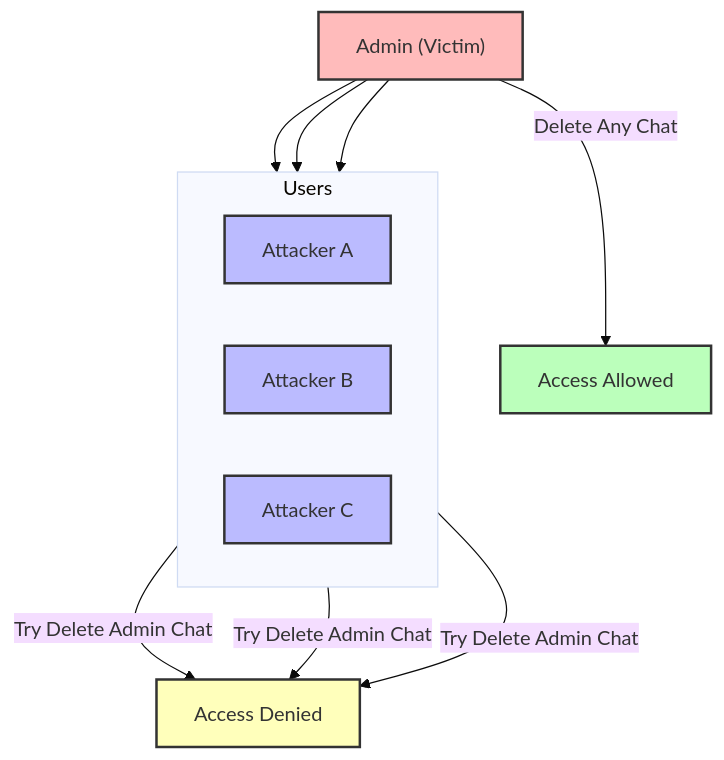
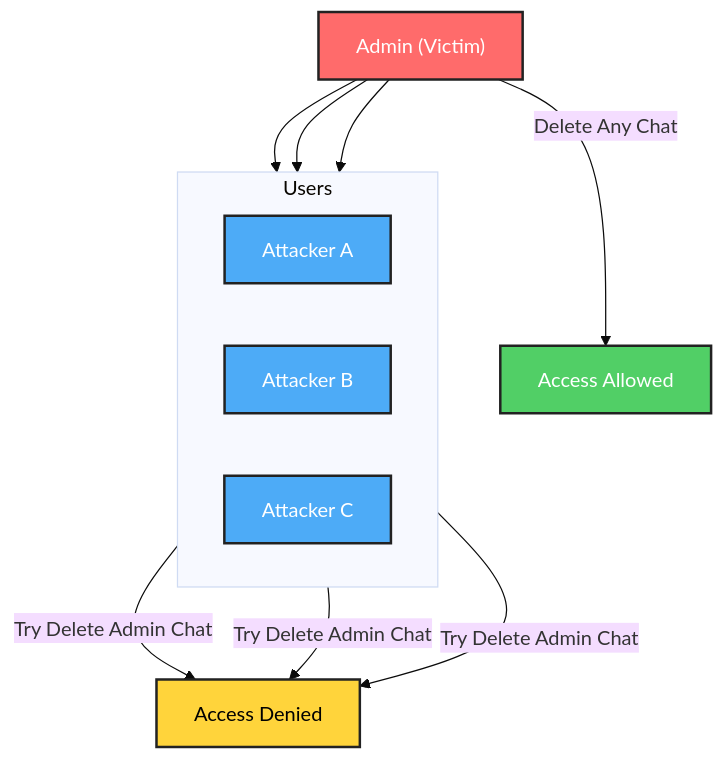
The first of 2 diagrams in BAC.md (1amkaiz3n/COURSE), drawn with Mermaid (base theme) before and after one commit. The commit also changed other lines of this file, not shown here.

````diff
--- a/BAC.md
+++ b/BAC.md
@@ -39,30 +39,28 @@
 ```mermaid
 graph TD
-    style Admin fill:#fbb,stroke:#333,stroke-width:2px
-    style AttackerA fill:#bbf,stroke:#333,stroke-width:2px
-    style AttackerB fill:#bbf,stroke:#333,stroke-width:2px
-    style AttackerC fill:#bbf,stroke:#333,stroke-width:2px
-    style CanDelete fill:#bfb,stroke:#333,stroke-width:2px
-    style CannotDelete fill:#ffb,stroke:#333,stroke-width:2px
+    style Admin fill:#ff6b6b,stroke:#222,stroke-width:2px,color:#ffffff
+    style AttackerA fill:#4dabf7,stroke:#222,stroke-width:2px,color:#ffffff
+    style AttackerB fill:#4dabf7,stroke:#222,stroke-width:2px,color:#ffffff
+    style AttackerC fill:#4dabf7,stroke:#222,stroke-width:2px,color:#ffffff
+    style CanDelete fill:#51cf66,stroke:#222,stroke-width:2px,color:#ffffff
+    style CannotDelete fill:#ffd43b,stroke:#222,stroke-width:2px,color:#000000
 
     Admin["Admin (Victim)"]
 
     subgraph Users
         direction LR
         AttackerA["Attacker A"]
         AttackerB["Attacker B"]
         AttackerC["Attacker C"]
     end
 
     Admin --> AttackerA
     Admin --> AttackerB
     Admin --> AttackerC
 
-    %% Actions percobaan attacker
     AttackerA -->|Try Delete Admin Chat| CannotDelete["Access Denied"]
     AttackerB -->|Try Delete Admin Chat| CannotDelete
     AttackerC -->|Try Delete Admin Chat| CannotDelete
 
-    %% Admin actions
     Admin -->|Delete Any Chat| CanDelete["Access Allowed"]
 ```
````
